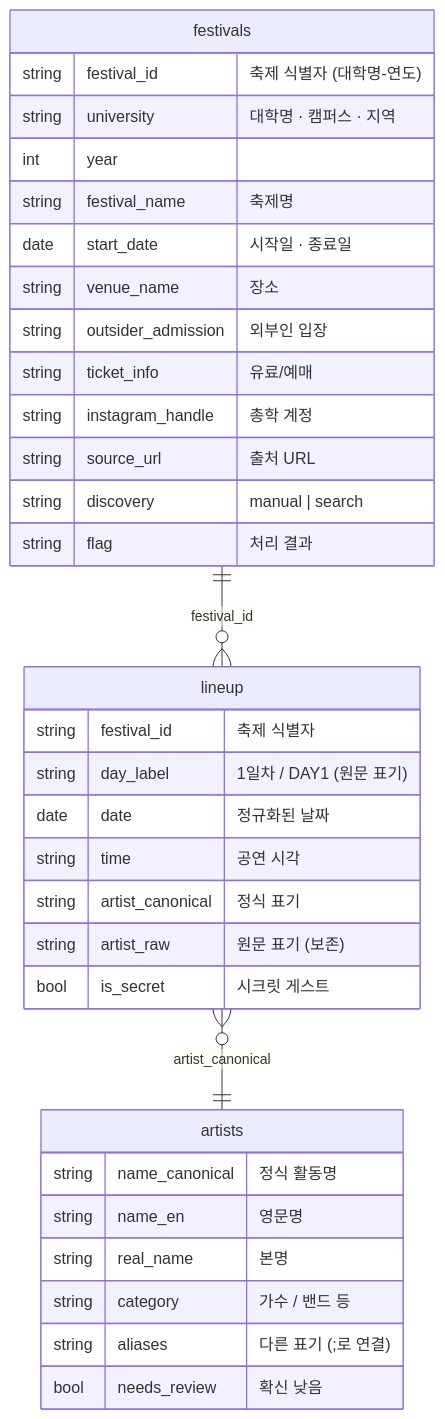
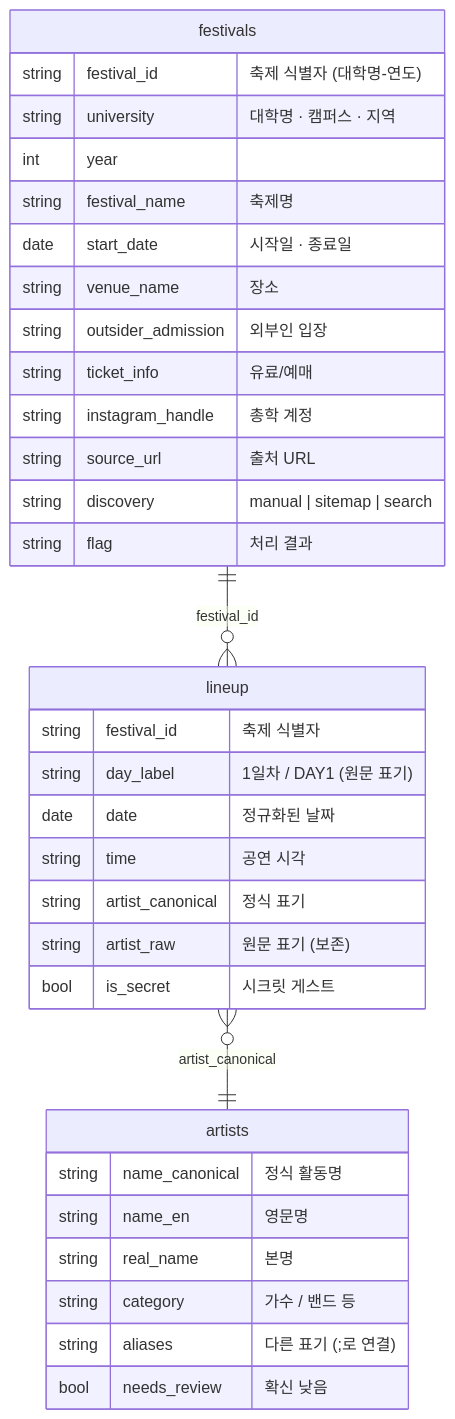
The third of 4 diagrams in README.md (greedy-team/festa-crawler), drawn with Mermaid before and after one commit. The commit also changed other lines of this file and 2 other files, not shown here.

````diff
--- a/README.md
+++ b/README.md
@@ -66,37 +71,37 @@
 ```mermaid
 erDiagram
     festivals ||--o{ lineup : "festival_id"
     lineup }o--|| artists : "artist_canonical"
 
     festivals {
         string festival_id "축제 식별자 (대학명-연도)"
         string university "대학명 · 캠퍼스 · 지역"
         int year
         string festival_name "축제명"
         date start_date "시작일 · 종료일"
         string venue_name "장소"
         string outsider_admission "외부인 입장"
         string ticket_info "유료/예매"
         string instagram_handle "총학 계정"
         string source_url "출처 URL"
-        string discovery "manual | search"
+        string discovery "manual | sitemap | search"
         string flag "처리 결과"
     }
     lineup {
         string festival_id "축제 식별자"
         string day_label "1일차 / DAY1 (원문 표기)"
         date date "정규화된 날짜"
         string time "공연 시각"
         string artist_canonical "정식 표기"
         string artist_raw "원문 표기 (보존)"
         bool is_secret "시크릿 게스트"
     }
     artists {
         string name_canonical "정식 활동명"
         string name_en "영문명"
         string real_name "본명"
         string category "가수 / 밴드 등"
         string aliases "다른 표기 (;로 연결)"
         bool needs_review "확신 낮음"
     }
 ```
````
